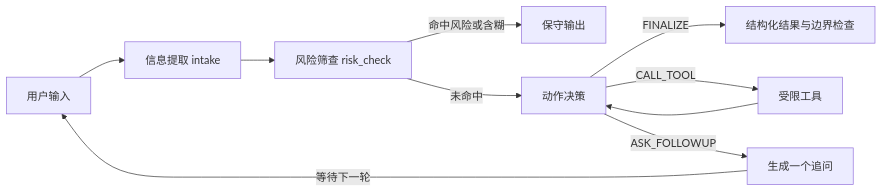
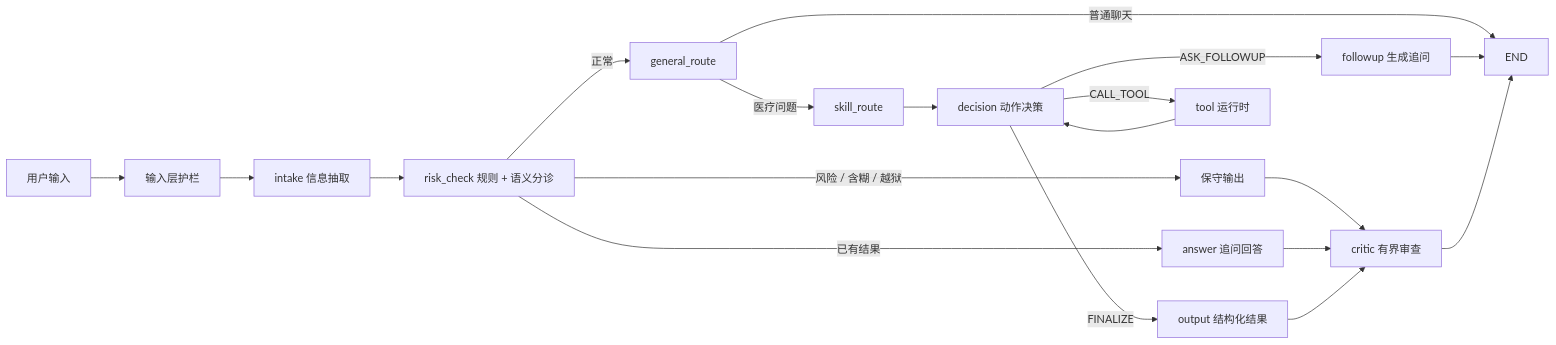
One commit to Mmei11/Agent changed the diagram in README.md. Above: the diagram before and after it, drawn with Mermaid. The commit also changed other lines of this file and 3 other files, not shown here.

````diff
--- a/README.md
+++ b/README.md
@@ -189,12 +293,21 @@
 ```mermaid
 flowchart LR
-    A[用户输入] --> B[信息提取 intake]
-    B --> C[风险筛查 risk_check]
-    C -->|命中风险或含糊| H[保守输出]
-    C -->|未命中| D[动作决策]
-    D -->|ASK_FOLLOWUP| E[生成一个追问]
-    E -->|等待下一轮| A
-    D -->|CALL_TOOL| F[受限工具]
-    F --> D
-    D -->|FINALIZE| G[结构化结果与边界检查]
+    A[用户输入] --> B[输入层护栏]
+    B --> C[intake 信息抽取]
+    C --> D[risk_check 规则 + 语义分诊]
+    D -->|风险 / 含糊 / 越狱| H[保守输出]
+    D -->|已有结果| I[answer 追问回答]
+    D -->|正常| J[general_route]
+    J -->|普通聊天| Z[END]
+    J -->|医疗问题| K[skill_route]
+    K --> L[decision 动作决策]
+    L -->|ASK_FOLLOWUP| M[followup 生成追问]
+    M --> Z
+    L -->|CALL_TOOL| N[tool 运行时]
+    N --> L
+    L -->|FINALIZE| O[output 结构化结果]
+    H --> P[critic 有界审查]
+    I --> P
+    O --> P
+    P --> Z
 ```
````
